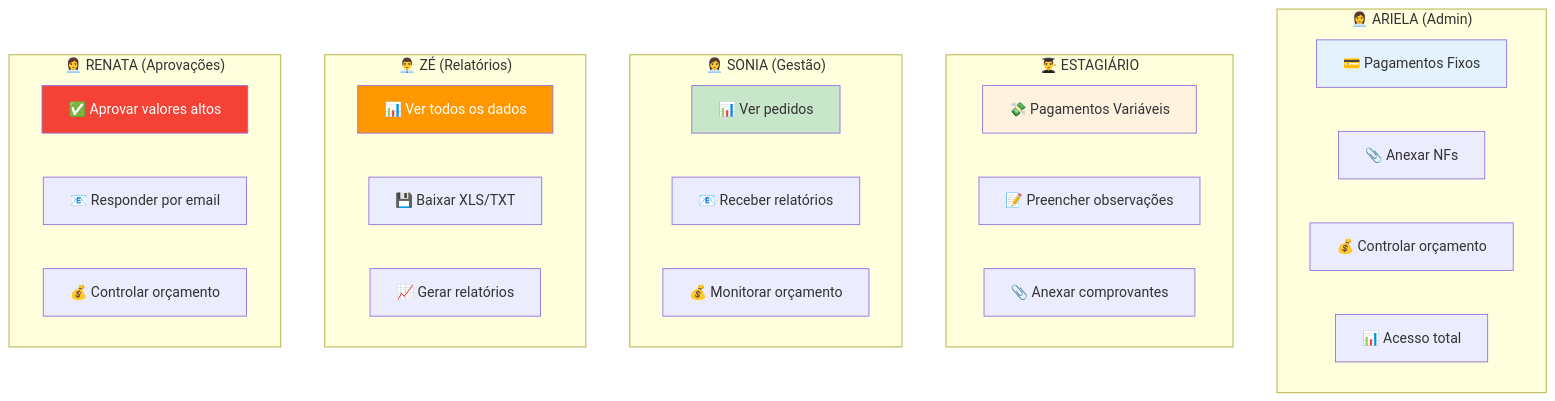
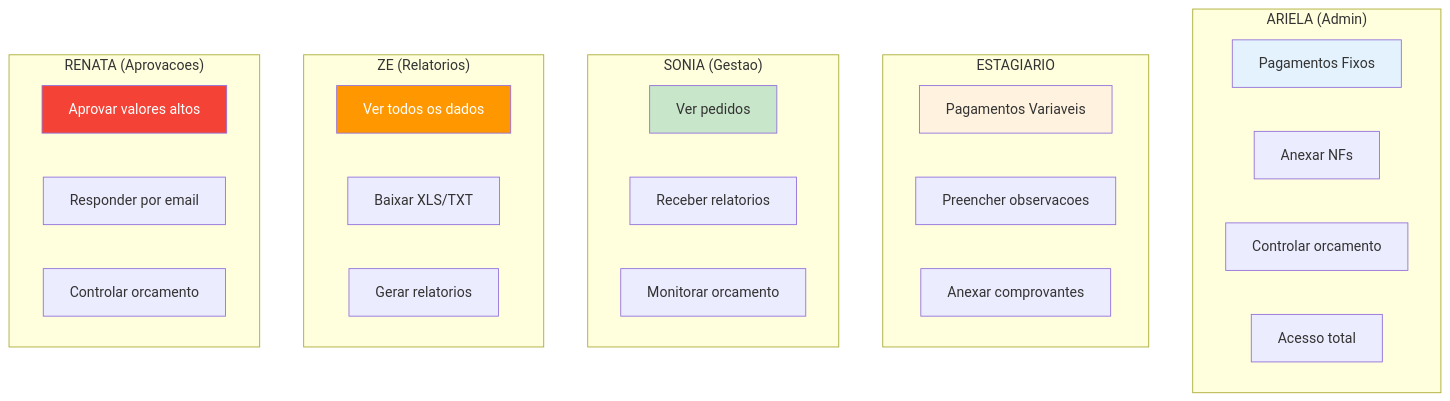
One commit to emanuelcosta-git/epoch-dream-builder changed the third of 6 diagrams in FLUXO_REAL_VIDA_MAIS.md. Above: the diagram before and after it, drawn with Mermaid. The commit also changed other lines of this file, not shown here.

First line of the commit message:
Refactor flowcharts and diagrams for clarity

````diff
--- a/FLUXO_REAL_VIDA_MAIS.md
+++ b/FLUXO_REAL_VIDA_MAIS.md
@@ -123,39 +123,39 @@
 ```mermaid
 graph TB
-    subgraph "👩‍💼 ARIELA (Admin)"
-        A[💳 Pagamentos Fixos]
-        B[📎 Anexar NFs]
-        C[💰 Controlar orçamento]
-        D[📊 Acesso total]
+    subgraph "ARIELA (Admin)"
+        A[Pagamentos Fixos]
+        B[Anexar NFs]
+        C[Controlar orcamento]
+        D[Acesso total]
     end
     
-    subgraph "👨‍🎓 ESTAGIÁRIO"
-        E[💸 Pagamentos Variáveis]
-        F[📝 Preencher observações]
-        G[📎 Anexar comprovantes]
+    subgraph "ESTAGIARIO"
+        E[Pagamentos Variaveis]
+        F[Preencher observacoes]
+        G[Anexar comprovantes]
     end
     
-    subgraph "👩‍💼 SONIA (Gestão)"
-        I[📊 Ver pedidos]
-        J[📧 Receber relatórios]
-        K[💰 Monitorar orçamento]
+    subgraph "SONIA (Gestao)"
+        I[Ver pedidos]
+        J[Receber relatorios]
+        K[Monitorar orcamento]
     end
     
-    subgraph "👨‍💼 ZÉ (Relatórios)"
-        M[📊 Ver todos os dados]
-        N[💾 Baixar XLS/TXT]
-        O[📈 Gerar relatórios]
+    subgraph "ZE (Relatorios)"
+        M[Ver todos os dados]
+        N[Baixar XLS/TXT]
+        O[Gerar relatorios]
     end
     
-    subgraph "👩‍💼 RENATA (Aprovações)"
-        Q[✅ Aprovar valores altos]
-        R[📧 Responder por email]
-        S[💰 Controlar orçamento]
+    subgraph "RENATA (Aprovacoes)"
+        Q[Aprovar valores altos]
+        R[Responder por email]
+        S[Controlar orcamento]
     end
     
     style A fill:#e3f2fd
     style E fill:#fff3e0
     style I fill:#c8e6c9
     style M fill:#ff9800,color:#fff
     style Q fill:#f44336,color:#fff
 ```
````
